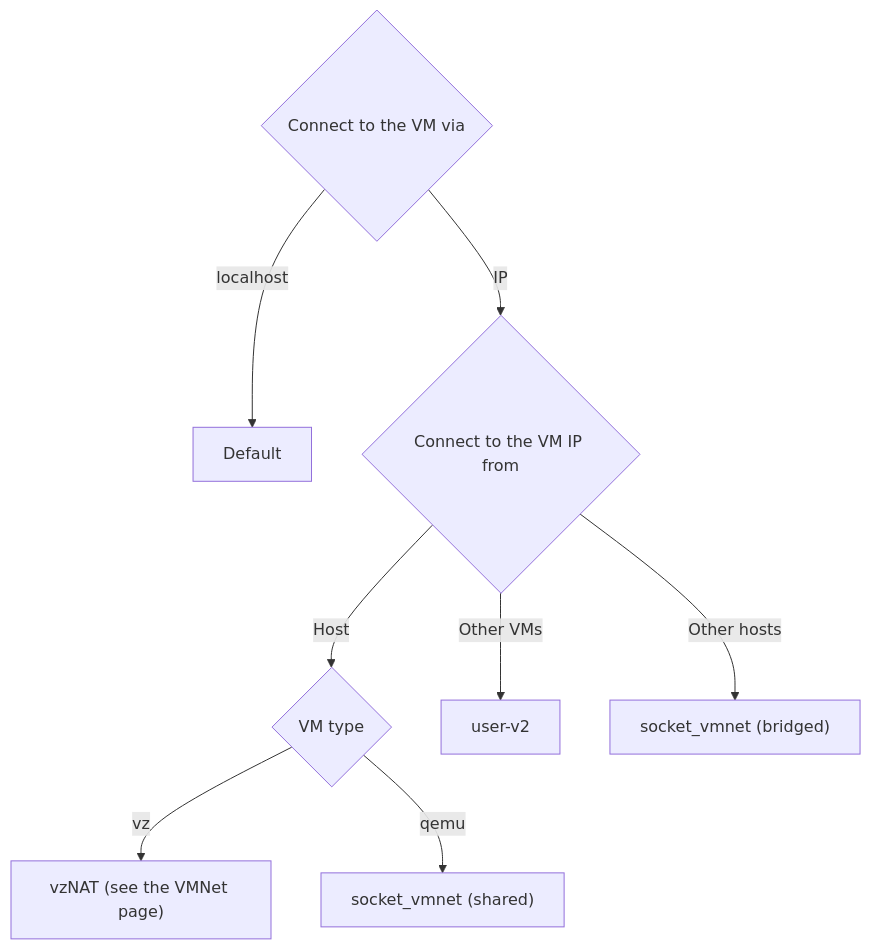
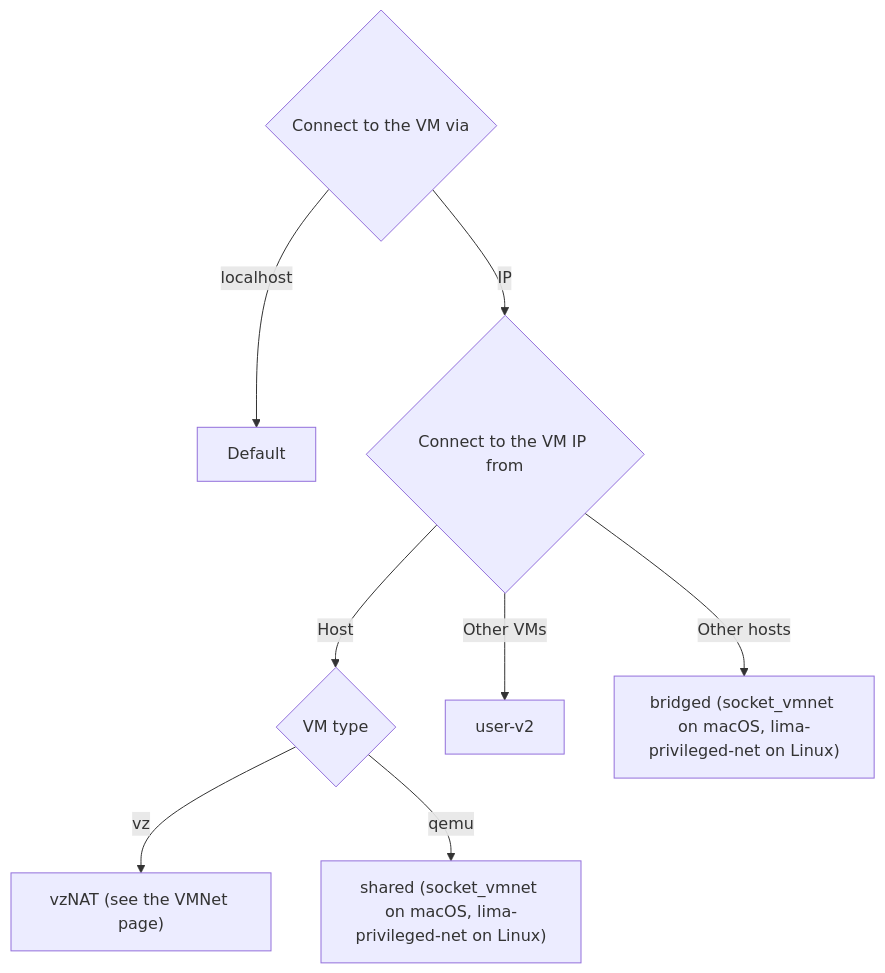
Before and after one commit to lima-vm/lima: the diagram in website/content/en/docs/config/network/_index.md, drawn with Mermaid. The commit also changed 14 other files, not shown here.

First line of the commit message:
networks: enable lima:shared, lima:host and lima:bridged on Linux

````diff
--- a/website/content/en/docs/config/network/_index.md
+++ b/website/content/en/docs/config/network/_index.md
@@ -7,10 +7,10 @@
 ```mermaid
 flowchart
 connect_to_vm_via{"Connect to the VM via"} -- "localhost" --> default["Default"]
   connect_to_vm_via -- "IP" --> connect_from{"Connect to the VM IP from"}
   connect_from -- "Host" --> vm{"VM type"}
   vm -- "vz" --> vzNAT["vzNAT (see the VMNet page)"]
-  vm -- "qemu" --> shared["socket_vmnet (shared)"]
+  vm -- "qemu" --> shared["shared (socket_vmnet on macOS, lima-privileged-net on Linux)"]
   connect_from -- "Other VMs" --> userV2["user-v2"]
-  connect_from -- "Other hosts" --> bridged["socket_vmnet (bridged)"]
+  connect_from -- "Other hosts" --> bridged["bridged (socket_vmnet on macOS, lima-privileged-net on Linux)"]
 ```
````
